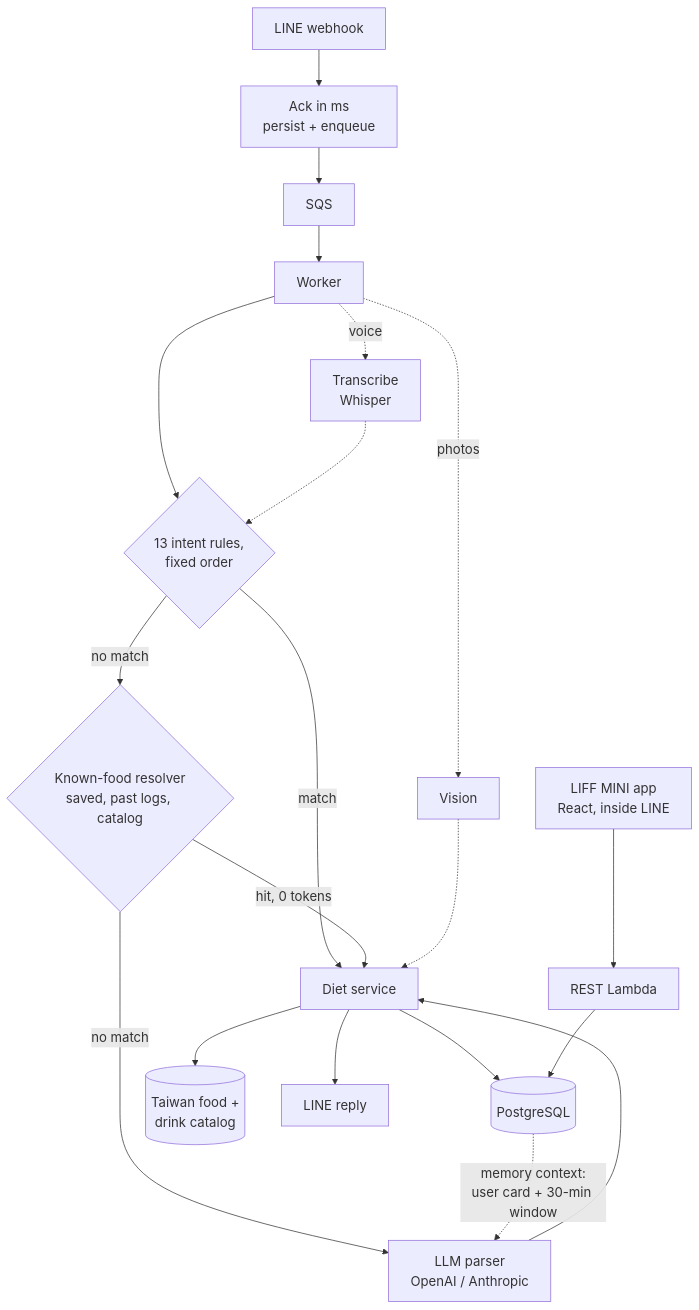
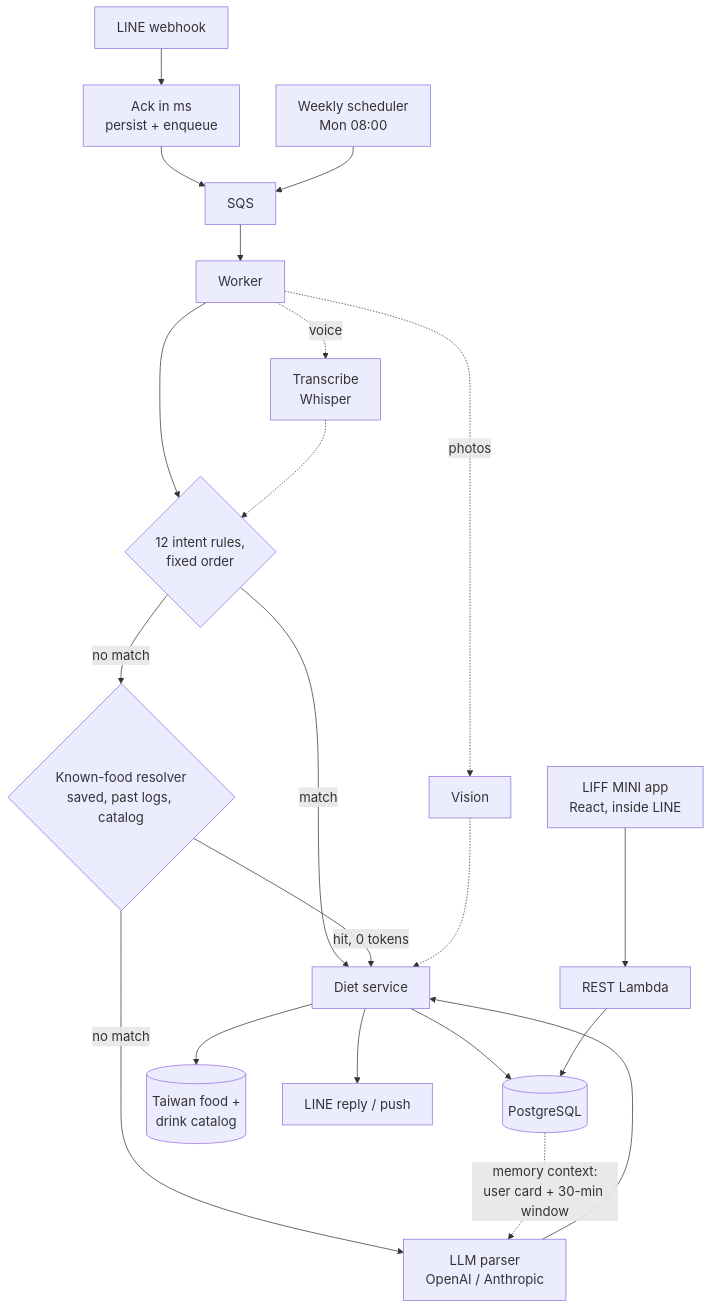
One commit to jeffery12697/fitneko-case-study changed the diagram in README.md. Above: the diagram before and after it, drawn with Mermaid. The commit also changed other lines of this file and 2 other files, not shown here.

Commit message:
Devlog: phase 21b weekly coach; README: capability + stats + diagram refresh

````diff
--- a/README.md
+++ b/README.md
@@ -32,17 +35,18 @@
 ```mermaid
 %%{init: {"themeVariables": {"fontSize": "18px"}}}%%
 flowchart TD
     LINE[LINE webhook] --> WH[Ack in ms<br/>persist + enqueue] --> Q[SQS] --> W[Worker]
-    W --> RP{13 intent rules,<br/>fixed order}
+    SCHED[Weekly scheduler<br/>Mon 08:00] --> Q
+    W --> RP{12 intent rules,<br/>fixed order}
     RP -->|match| SVC[Diet service]
     RP -->|no match| KF{Known-food resolver<br/>saved, past logs, catalog}
     KF -->|hit, 0 tokens| SVC
     KF -->|no match| LLM[LLM parser<br/>OpenAI / Anthropic] --> SVC
     PG -.->|memory context:<br/>user card + 30-min window| LLM
     W -.->|photos| VIS[Vision] -.-> SVC
     W -.->|voice| STT[Transcribe<br/>Whisper] -.-> RP
     SVC --> CAT[(Taiwan food +<br/>drink catalog)]
     SVC --> PG[(PostgreSQL)]
-    SVC --> REPLY[LINE reply]
+    SVC --> REPLY[LINE reply / push]
     LIFF[LIFF MINI app<br/>React, inside LINE] --> API[REST Lambda] --> PG
 ```
````
